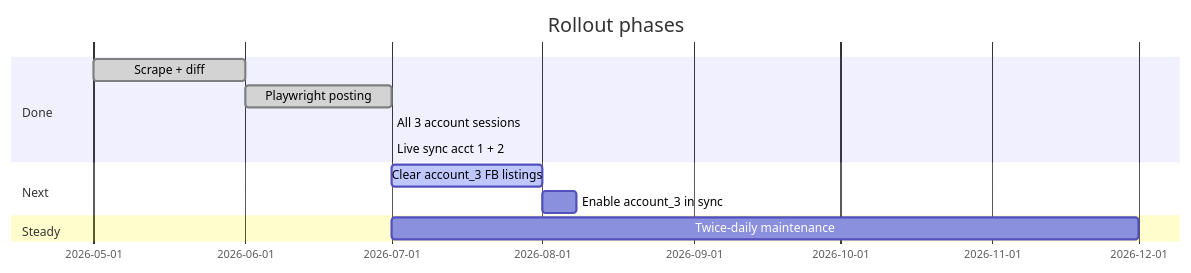
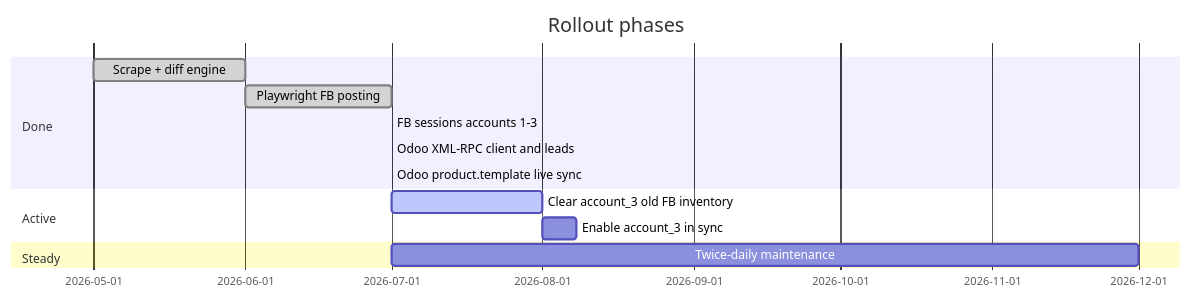
One commit to mg22mex/auto-upload changed the second of 2 diagrams in README.md. Above: the diagram before and after it, drawn with Mermaid. The commit also changed other lines of this file, not shown here.

````diff
--- a/README.md
+++ b/README.md
@@ -106,15 +135,16 @@
 ```mermaid
 gantt
     title Rollout phases
     dateFormat YYYY-MM
     section Done
-        Scrape + diff           :done, p0, 2026-05, 2026-06
-        Playwright posting      :done, p2, 2026-06, 2026-07
-        All 3 account sessions  :done, p2b, 2026-07, 2026-07
-        Live sync acct 1 + 2    :done, p2e, 2026-07, 2026-07
-    section Next
-        Clear account_3 FB listings :active, p2c, 2026-07, 2026-08
-        Enable account_3 in sync  :p2f, after p2c, 7d
+        Scrape + diff engine              :done, p0, 2026-05, 2026-06
+        Playwright FB posting             :done, p2, 2026-06, 2026-07
+        FB sessions accounts 1-3          :done, p2b, 2026-07, 2026-07
+        Odoo XML-RPC client and leads     :done, p2c, 2026-07, 2026-07
+        Odoo product.template live sync   :done, p2d, 2026-07, 2026-07
+    section Active
+        Clear account_3 old FB inventory  :active, p2e, 2026-07, 2026-08
+        Enable account_3 in sync          :p2f, after p2e, 7d
     section Steady
-        Twice-daily maintenance :p3, 2026-07, 2026-12
+        Twice-daily maintenance           :p3, 2026-07, 2026-12
 ```
````
